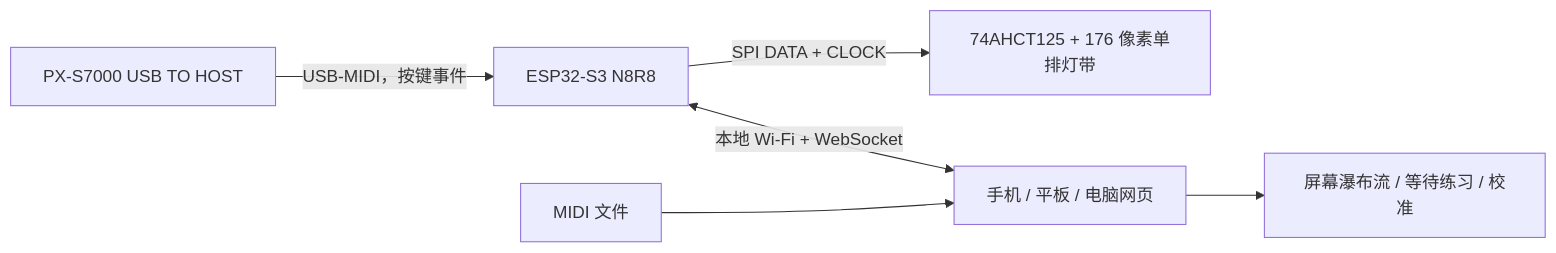
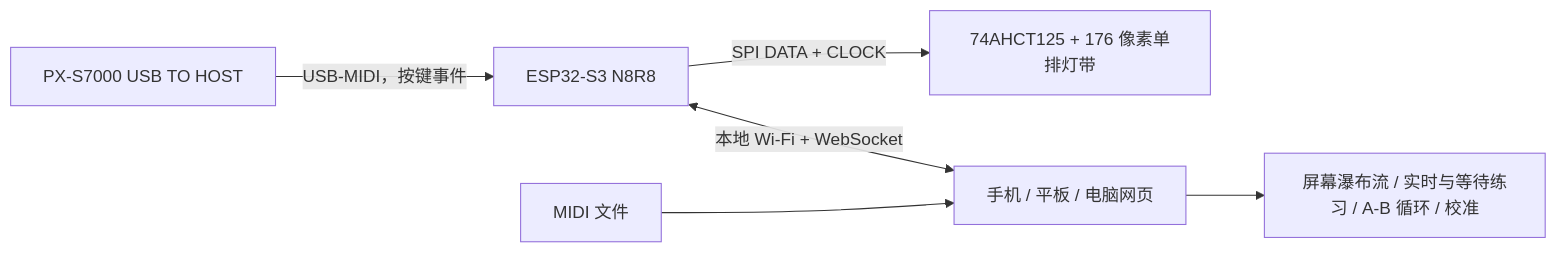
One commit to cheguevara-great-man/notefall88-px-s7000 changed the diagram in docs/architecture.md. Above: the diagram before and after it, drawn with Mermaid. The commit also changed other lines of this file and 22 other files, not shown here.

````diff
--- a/docs/architecture.md
+++ b/docs/architecture.md
@@ -7,8 +7,8 @@
 ```mermaid
 flowchart LR
   P["PX-S7000 USB TO HOST"] -->|"USB-MIDI，按键事件"| E["ESP32-S3 N8R8"]
   E -->|"SPI DATA + CLOCK"| L["74AHCT125 + 176 像素单排灯带"]
   E <-->|"本地 Wi-Fi + WebSocket"| W["手机 / 平板 / 电脑网页"]
   F["MIDI 文件"] --> W
-  W --> V["屏幕瀑布流 / 等待练习 / 校准"]
+  W --> V["屏幕瀑布流 / 实时与等待练习 / A-B 循环 / 校准"]
 ```
````
